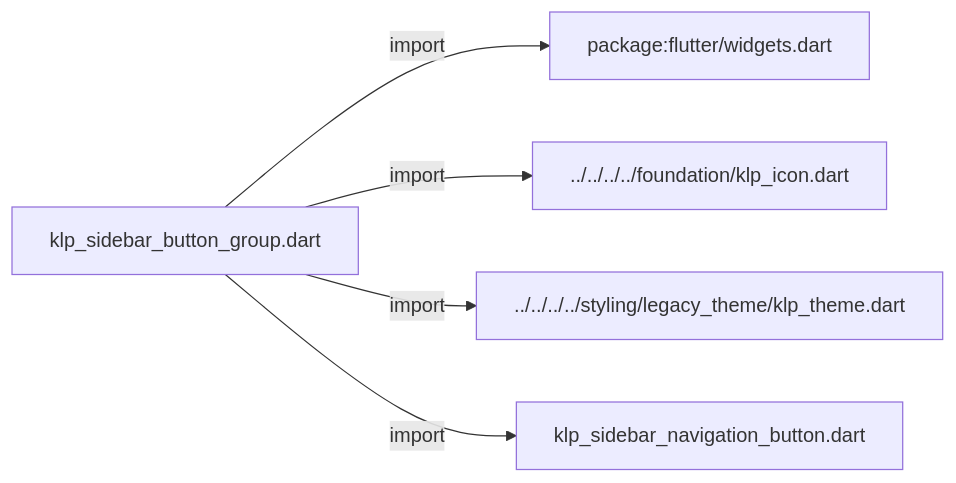
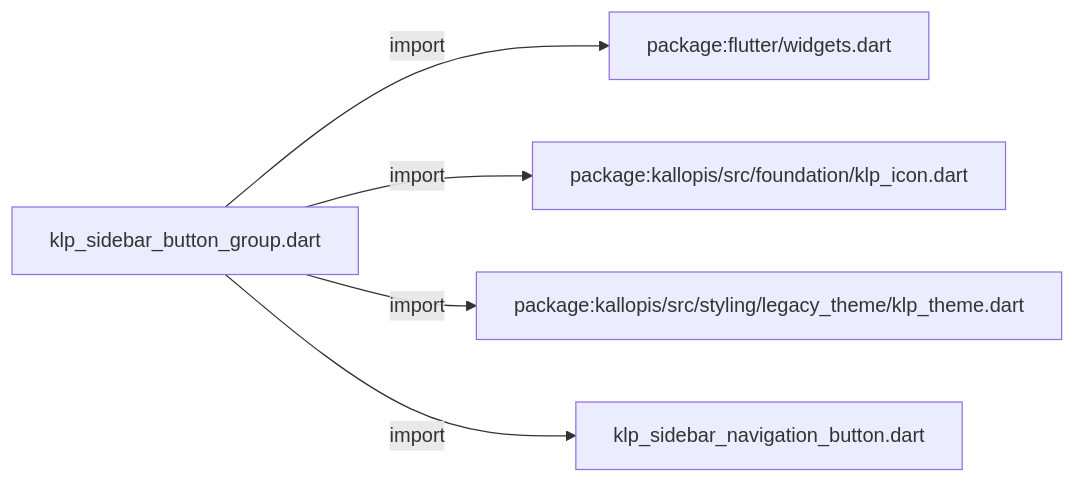
The first of 3 diagrams in docs/architecture/src/features/navigation/widgets/sidebar/klp_sidebar_button_group.md (MiuDog/Kallopis), drawn with Mermaid before and after one commit. The commit also changed other lines of this file and 9688 other files, not shown here.

Commit message:
Prepare isolated Flow F2 peer baseline

````diff
--- a/docs/architecture/src/features/navigation/widgets/sidebar/klp_sidebar_button_group.md
+++ b/docs/architecture/src/features/navigation/widgets/sidebar/klp_sidebar_button_group.md
@@ -11,12 +11,12 @@
 ```mermaid
 flowchart LR
 	n0["klp_sidebar_button_group.dart"]
 	n1["package:flutter/widgets.dart"]
-	n2["../../../../foundation/klp_icon.dart"]
-	n3["../../../../styling/legacy_theme/klp_theme.dart"]
+	n2["package:kallopis/src/foundation/klp_icon.dart"]
+	n3["package:kallopis/src/styling/legacy_theme/klp_theme.dart"]
 	n4["klp_sidebar_navigation_button.dart"]
 	n0 -->|"import"| n1
 	n0 -->|"import"| n2
 	n0 -->|"import"| n3
 	n0 -->|"import"| n4
 ```
````
